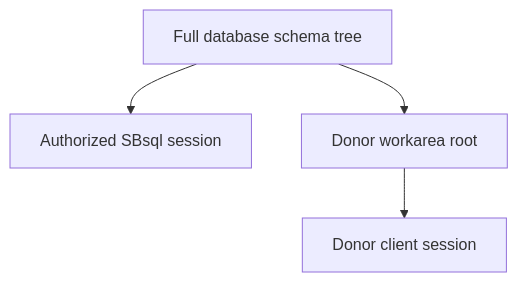
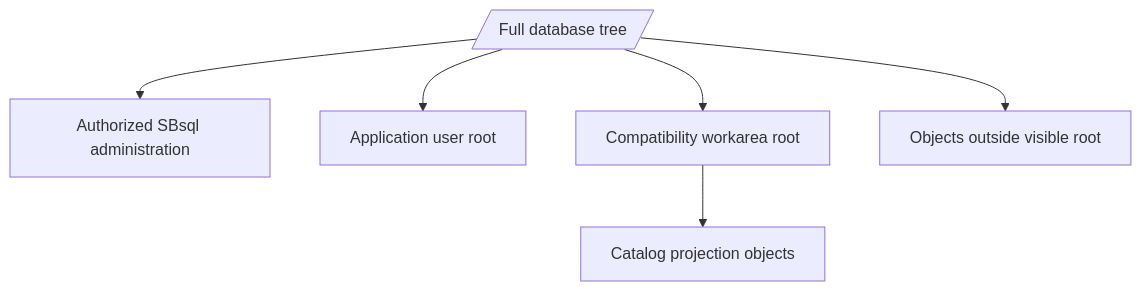
Before and after one commit to scratchbird-software-inc/ScratchBird: the first of 2 diagrams in docs/documentation/draft/Getting_Started/architecture/recursive_schema_tree.md, drawn with Mermaid. The commit also changed other lines of this file and 23 other files, not shown here.

````diff
--- a/docs/documentation/draft/Getting_Started/architecture/recursive_schema_tree.md
+++ b/docs/documentation/draft/Getting_Started/architecture/recursive_schema_tree.md
@@ -48,11 +69,15 @@
 ```mermaid
 flowchart TB
-    Full[Full database schema tree]
-    SBsql[Authorized SBsql session]
-    Donor[Donor client session]
-    Workarea[Donor workarea root]
+    Full[/Full database tree/]
+    Admin[Authorized SBsql administration]
+    AppUser[Application user root]
+    Compat[Compatibility workarea root]
+    CatalogProjection[Catalog projection objects]
+    Hidden[Objects outside visible root]
 
-    Full --> SBsql
-    Full --> Workarea
-    Workarea --> Donor
+    Full --> Admin
+    Full --> AppUser
+    Full --> Compat
+    Compat --> CatalogProjection
+    Full --> Hidden
 ```
````
